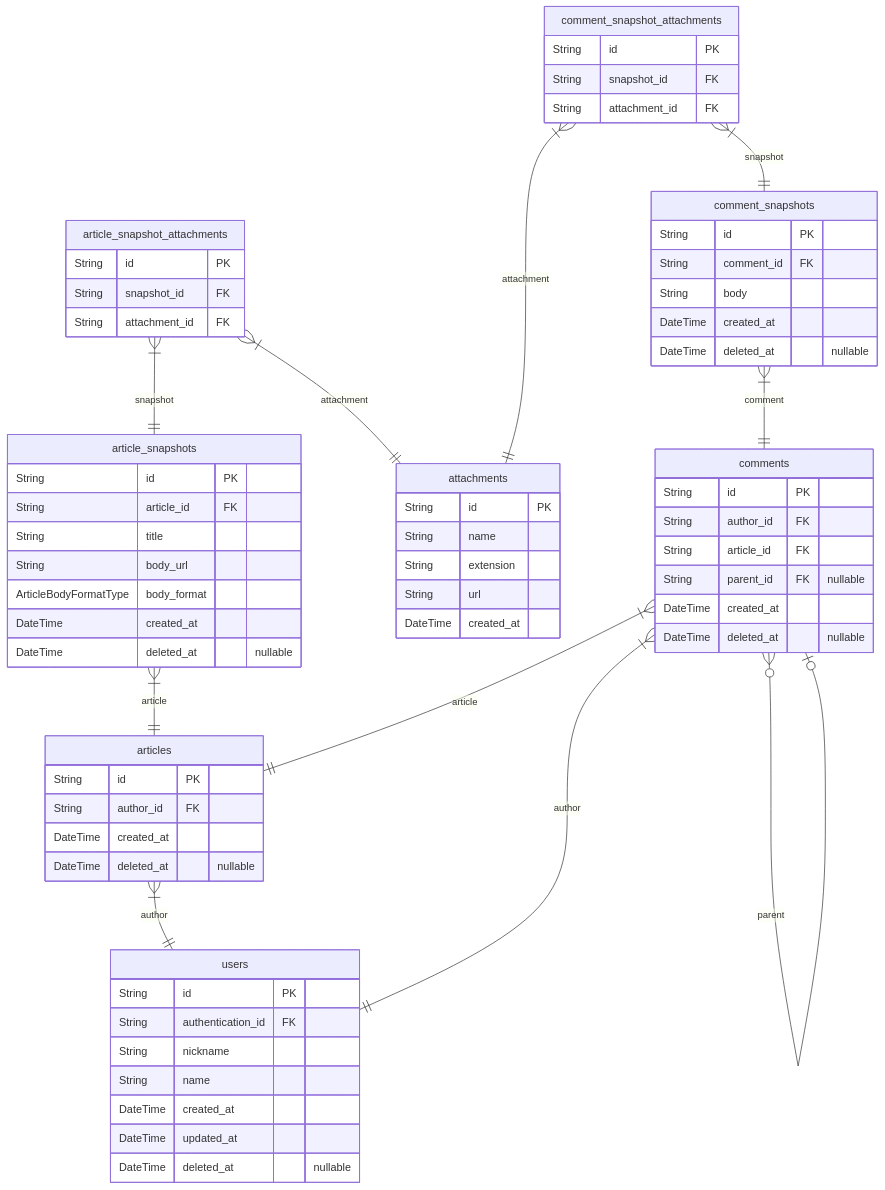
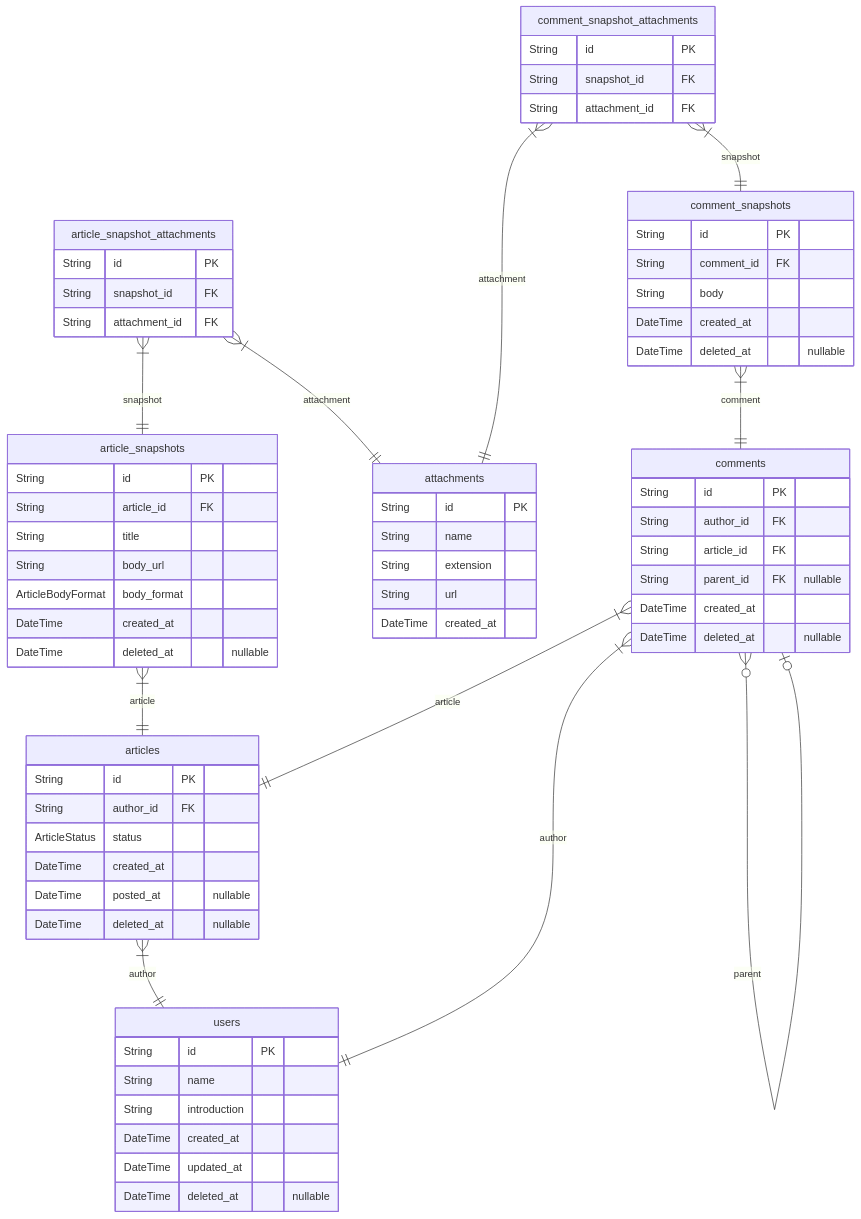
The first of 2 diagrams in ERD.md (rojiwon123/bbs), drawn with Mermaid before and after one commit. The commit also changed other lines of this file and 4 other files, not shown here.

````diff
--- a/ERD.md
+++ b/ERD.md
@@ -10,69 +10,70 @@
 ```mermaid
 erDiagram
 articles {
     String id PK
     String author_id FK
+    ArticleStatus status
     DateTime created_at
+    DateTime posted_at "nullable"
     DateTime deleted_at "nullable"
 }
 article_snapshots {
     String id PK
     String article_id FK
     String title
     String body_url
-    ArticleBodyFormatType body_format
+    ArticleBodyFormat body_format
     DateTime created_at
     DateTime deleted_at "nullable"
 }
 article_snapshot_attachments {
     String id PK
     String snapshot_id FK
     String attachment_id FK
 }
 attachments {
     String id PK
     String name
     String extension
     String url
     DateTime created_at
 }
 comments {
     String id PK
     String author_id FK
     String article_id FK
     String parent_id FK "nullable"
     DateTime created_at
     DateTime deleted_at "nullable"
 }
 comment_snapshots {
     String id PK
     String comment_id FK
     String body
     DateTime created_at
     DateTime deleted_at "nullable"
 }
 comment_snapshot_attachments {
     String id PK
     String snapshot_id FK
     String attachment_id FK
 }
 users {
     String id PK
-    String authentication_id FK
-    String nickname
     String name
+    String introduction
     DateTime created_at
     DateTime updated_at
     DateTime deleted_at "nullable"
 }
 articles }|--|| users : author
 article_snapshots }|--|| articles : article
 article_snapshot_attachments }|--|| article_snapshots : snapshot
 article_snapshot_attachments }|--|| attachments : attachment
 comments }|--|| users : author
 comments }|--|| articles : article
 comments }o--o| comments : parent
 comment_snapshots }|--|| comments : comment
 comment_snapshot_attachments }|--|| comment_snapshots : snapshot
 comment_snapshot_attachments }|--|| attachments : attachment
 ```
````
